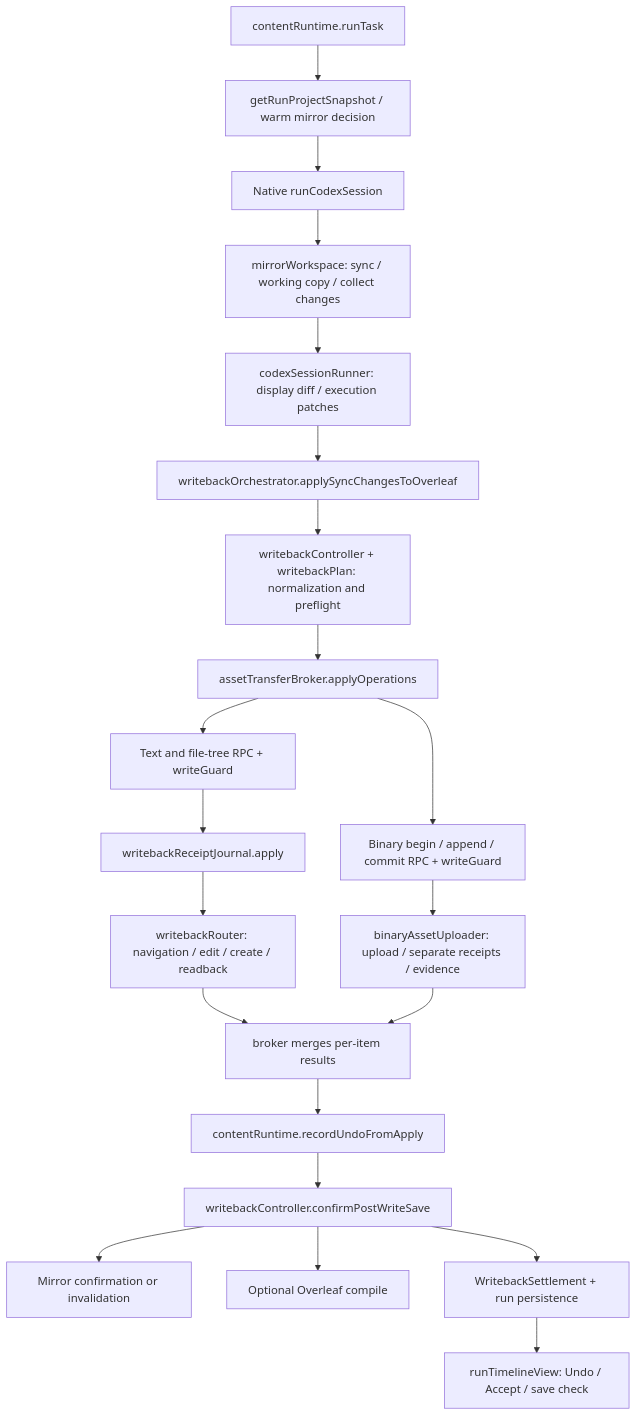
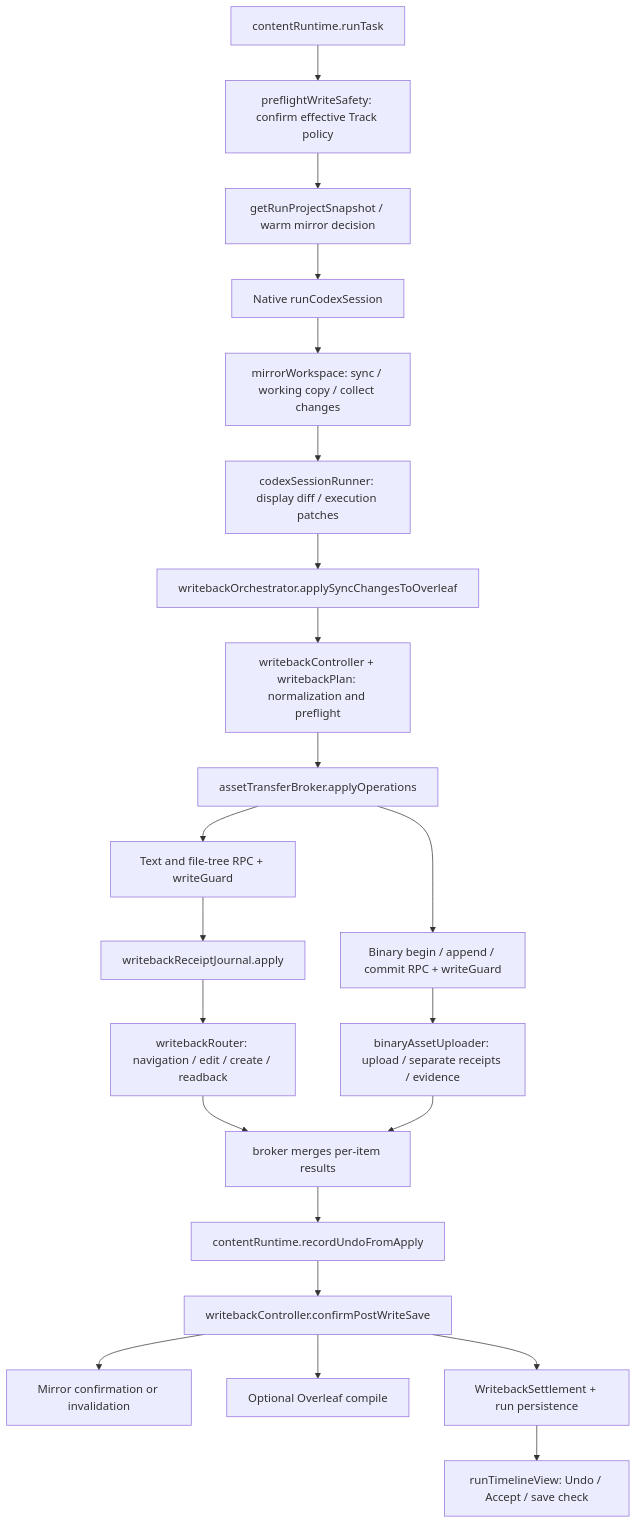
The diagram in docs/architecture/auto-edit-undo.md (Ghqqqq/codex-overleaf-link), drawn with Mermaid before and after one commit. The commit also changed other lines of this file and 24 other files, not shown here.

First line of the commit message:
Handle unavailable Track Changes before starting a run

````diff
--- a/docs/architecture/auto-edit-undo.md
+++ b/docs/architecture/auto-edit-undo.md
@@ -41,23 +41,24 @@
 ```mermaid
 flowchart TD
-    A[contentRuntime.runTask] --> B[getRunProjectSnapshot / warm mirror decision]
+    A[contentRuntime.runTask] --> W[preflightWriteSafety: confirm effective Track policy]
+    W --> B[getRunProjectSnapshot / warm mirror decision]
     B --> C[Native runCodexSession]
     C --> D[mirrorWorkspace: sync / working copy / collect changes]
     D --> T[codexSessionRunner: display diff / execution patches]
     T --> E[writebackOrchestrator.applySyncChangesToOverleaf]
     E --> F[writebackController + writebackPlan: normalization and preflight]
     F --> G[assetTransferBroker.applyOperations]
     G --> H[Text and file-tree RPC + writeGuard]
     H --> I[writebackReceiptJournal.apply]
     I --> J[writebackRouter: navigation / edit / create / readback]
     G --> Q[Binary begin / append / commit RPC + writeGuard]
     Q --> R[binaryAssetUploader: upload / separate receipts / evidence]
     J --> S[broker merges per-item results]
     R --> S
     S --> K[contentRuntime.recordUndoFromApply]
     K --> L[writebackController.confirmPostWriteSave]
     L --> M[Mirror confirmation or invalidation]
     L --> N[Optional Overleaf compile]
     L --> O[WritebackSettlement + run persistence]
     O --> P[runTimelineView: Undo / Accept / save check]
 ```
````
